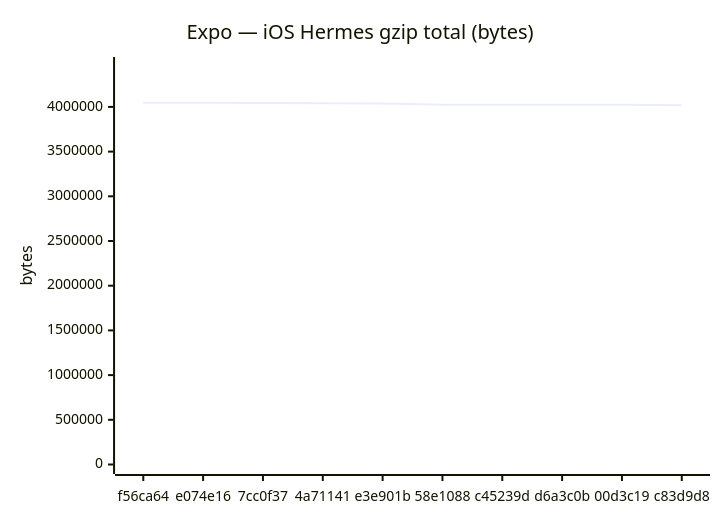
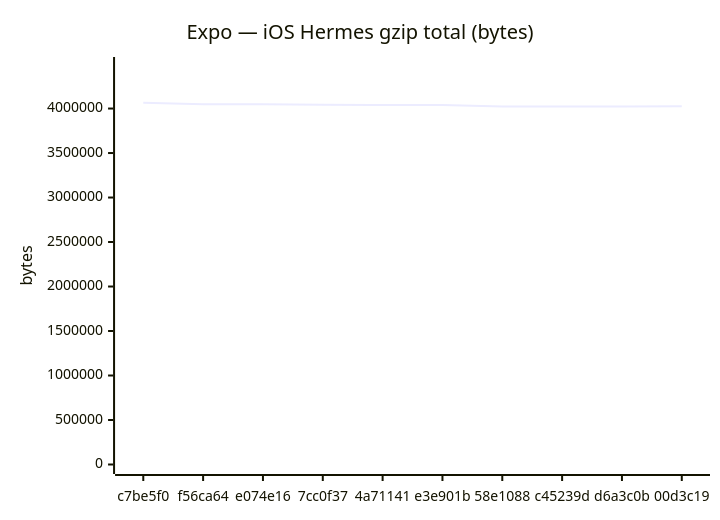
The sixth of 18 diagrams in benchmarks/compare.md (Metaheurist/Rianell), drawn with Mermaid before and after one commit. The commit also changed other lines of this file and 11 other files, not shown here.

````diff
--- a/benchmarks/compare.md
+++ b/benchmarks/compare.md
@@ -96,7 +96,7 @@
 ```mermaid
 xychart-beta
     title "Expo — iOS Hermes gzip total (bytes)"
-    x-axis ["f56ca64", "e074e16", "7cc0f37", "4a71141", "e3e901b", "58e1088", "c45239d", "d6a3c0b", "00d3c19", "c83d9d8"]
-    y-axis "bytes" 0 --> 4451958
-    line [4047233, 4047234, 4042958, 4039809, 4039179, 4023650, 4023650, 4023645, 4024761, 4017281]
+    x-axis ["c7be5f0", "f56ca64", "e074e16", "7cc0f37", "4a71141", "e3e901b", "58e1088", "c45239d", "d6a3c0b", "00d3c19"]
+    y-axis "bytes" 0 --> 4472399
+    line [4065817, 4047233, 4047234, 4042958, 4039809, 4039179, 4023650, 4023650, 4023645, 4024761]
 ```
````
